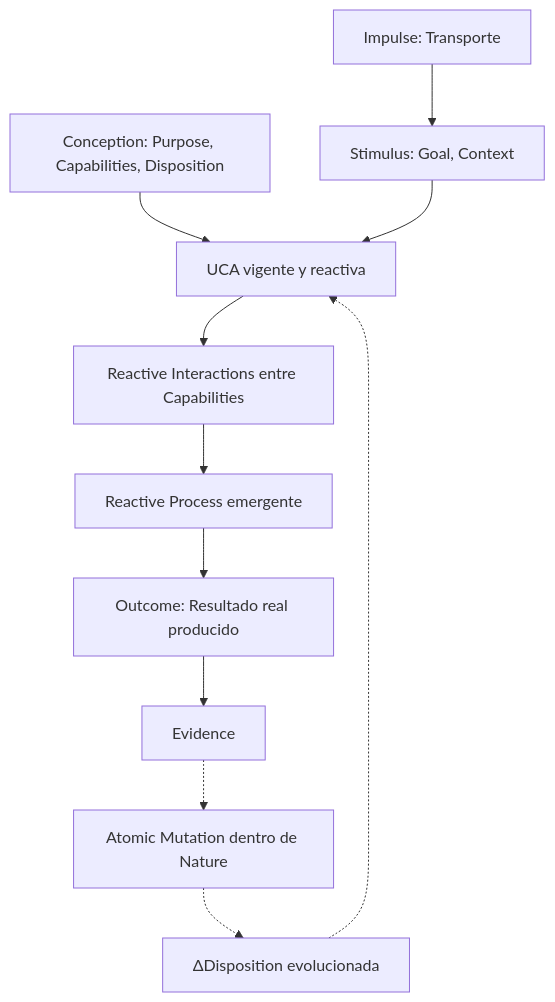
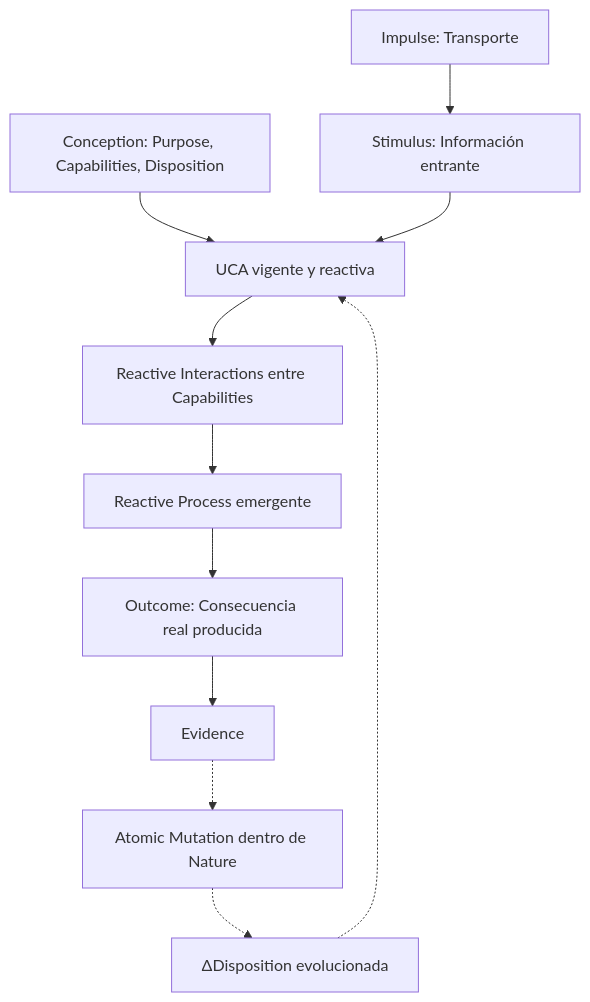
One commit to christian-marino-alvarez/uca-specification changed the diagram in README.es.md. Above: the diagram before and after it, drawn with Mermaid. The commit also changed other lines of this file and 5 other files, not shown here.

````diff
--- a/README.es.md
+++ b/README.es.md
@@ -126,13 +125,13 @@
 ```mermaid
 flowchart TD
     CON[Conception: Purpose, Capabilities, Disposition] --> UCA[UCA vigente y reactiva]
-    IMP[Impulse: Transporte] --> STIM[Stimulus: Goal, Context]
+    IMP[Impulse: Transporte] --> STIM[Stimulus: Información entrante]
     STIM --> UCA
     UCA --> INT[Reactive Interactions entre Capabilities]
     INT --> PROC[Reactive Process emergente]
-    PROC --> OUT[Outcome: Resultado real producido]
+    PROC --> OUT[Outcome: Consecuencia real producida]
     OUT --> EVI[Evidence]
     EVI -.-> MUT[Atomic Mutation dentro de Nature]
     MUT -.-> DISP[ΔDisposition evolucionada]
     DISP -.-> UCA
 ```
````
